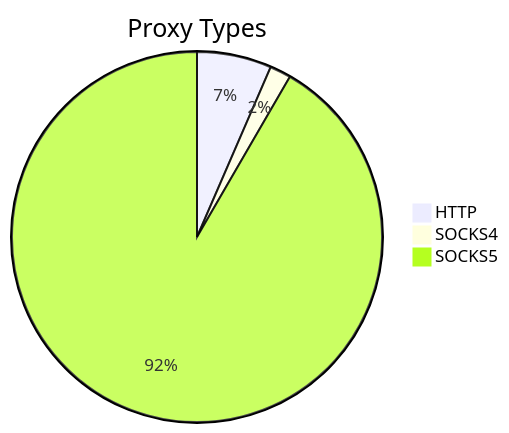
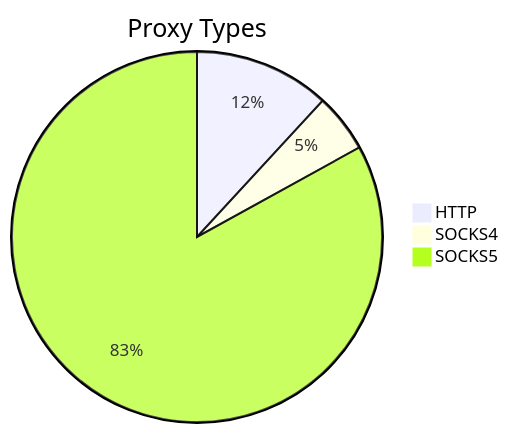
The first of 2 diagrams in README.md (stormsia/proxy-list), drawn with Mermaid before and after one commit. The commit also changed other lines of this file, not shown here.

````diff
--- a/README.md
+++ b/README.md
@@ -21,6 +21,6 @@
 ```mermaid
 pie title Proxy Types
-    "HTTP" : 102
-    "SOCKS4" : 29
-    "SOCKS5" : 1436
+    "HTTP" : 155
+    "SOCKS4" : 67
+    "SOCKS5" : 1086
 ```
````
